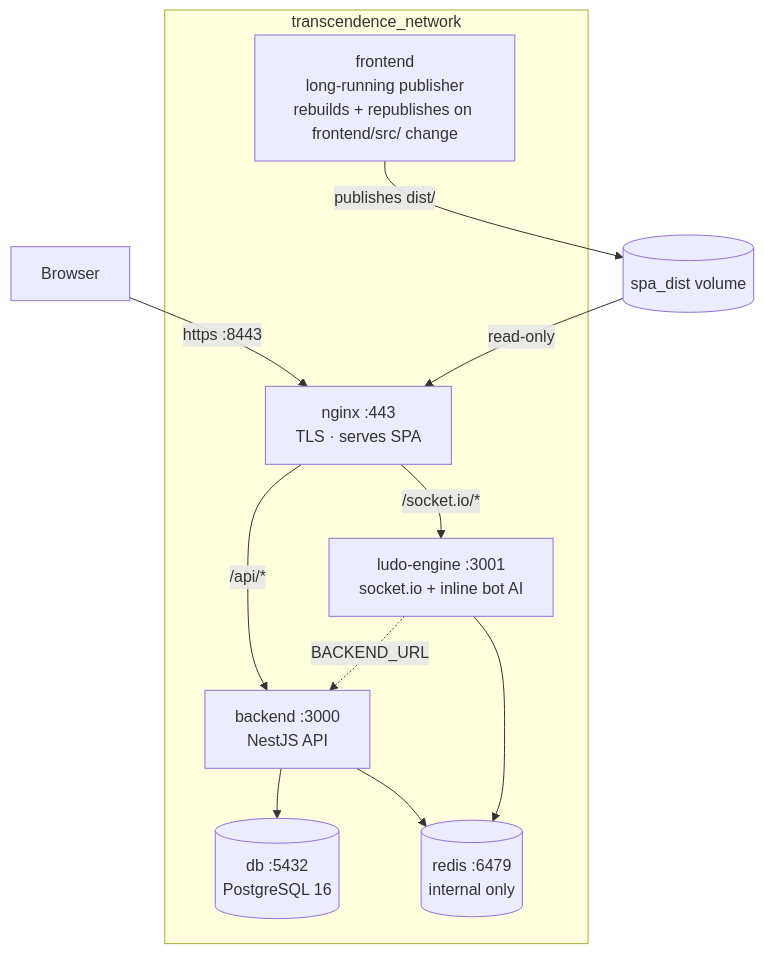
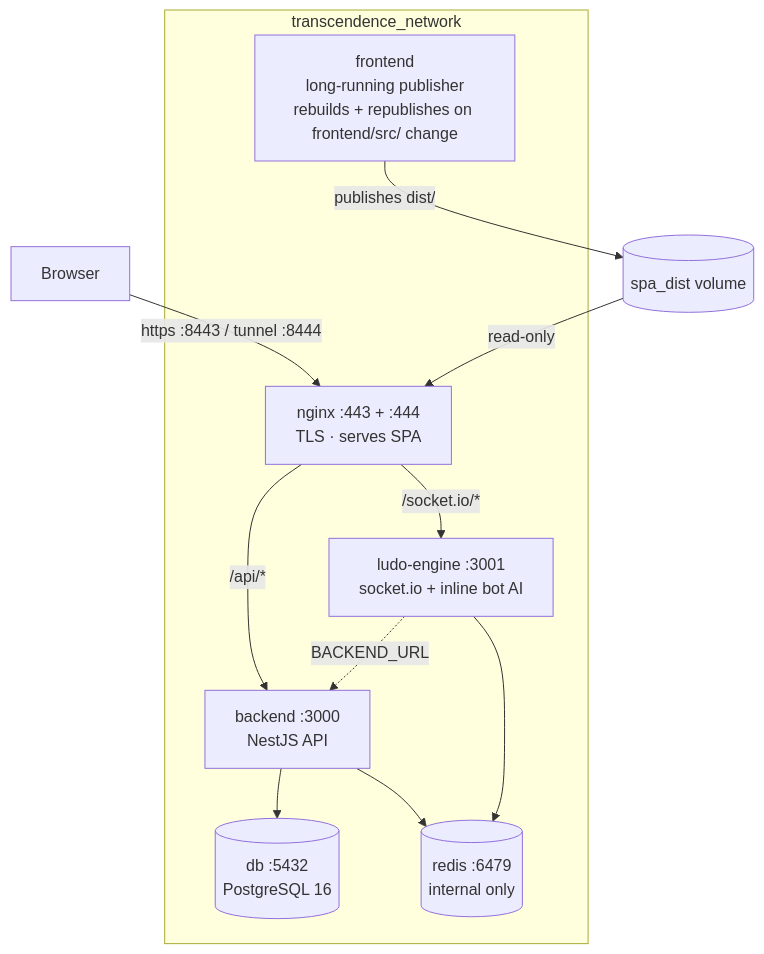
Before and after one commit to J00ZzZ/ft_transcendence: the diagram in docs/architecture.md, drawn with Mermaid. The commit also changed other lines of this file and 5 other files, not shown here.

````diff
--- a/docs/architecture.md
+++ b/docs/architecture.md
@@ -19,23 +19,23 @@
 ```mermaid
 graph TB
     Browser["Browser"]
 
     subgraph net["transcendence_network"]
-        nginx["nginx :443<br/>TLS · serves SPA"]
+        nginx["nginx :443 + :444<br/>TLS · serves SPA"]
         backend["backend :3000<br/>NestJS API"]
         engine["ludo-engine :3001<br/>socket.io + inline bot AI"]
         db[("db :5432<br/>PostgreSQL 16")]
         redis[("redis :6479<br/>internal only")]
         fe["frontend<br/>long-running publisher<br/>rebuilds + republishes on frontend/src/ change"]
     end
 
-    Browser -->|"https :8443"| nginx
+    Browser -->|"https :8443 / tunnel :8444"| nginx
     nginx -->|"/api/*"| backend
     nginx -->|"/socket.io/*"| engine
     fe -->|"publishes dist/"| spa[("spa_dist volume")]
     spa -->|"read-only"| nginx
     backend --> db
     backend --> redis
     engine --> redis
     engine -.->|"BACKEND_URL"| backend
 ```
````
